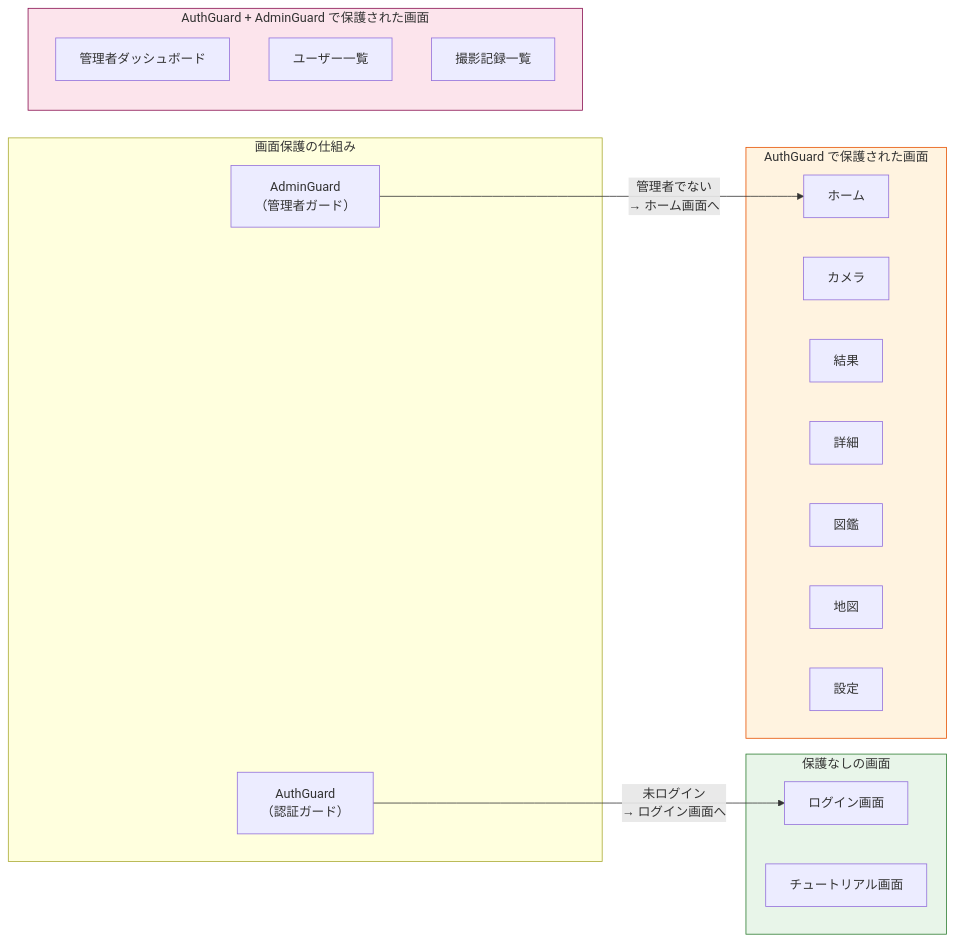
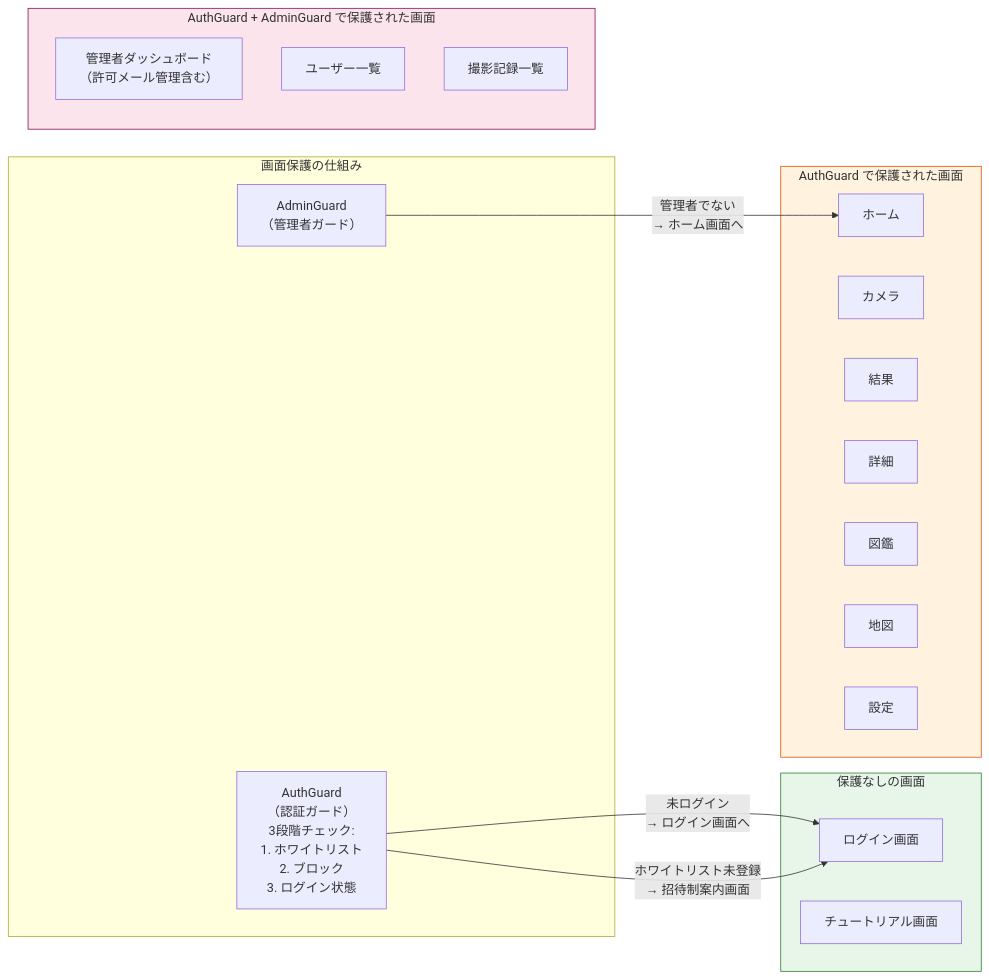
One commit to Kengo55555/Flower_shot changed the ninth of 11 diagrams in docs/04-system-architecture.md. Above: the diagram before and after it, drawn with Mermaid. The commit also changed other lines of this file and 5 other files, not shown here.

````diff
--- a/docs/04-system-architecture.md
+++ b/docs/04-system-architecture.md
@@ -637,35 +669,36 @@
 ```mermaid
 flowchart LR
     subgraph Guards["画面保護の仕組み"]
-        AG["AuthGuard\n（認証ガード）"]
+        AG["AuthGuard\n（認証ガード）\n3段階チェック:\n1. ホワイトリスト\n2. ブロック\n3. ログイン状態"]
         ADG["AdminGuard\n（管理者ガード）"]
     end
 
     subgraph PublicPages["保護なしの画面"]
         P1["ログイン画面"]
         P2["チュートリアル画面"]
     end
 
     subgraph ProtectedPages["AuthGuard で保護された画面"]
         PP1["ホーム"]
         PP2["カメラ"]
         PP3["結果"]
         PP4["詳細"]
         PP5["図鑑"]
         PP6["地図"]
         PP7["設定"]
     end
 
     subgraph AdminPages["AuthGuard + AdminGuard で保護された画面"]
-        AP1["管理者ダッシュボード"]
+        AP1["管理者ダッシュボード\n（許可メール管理含む）"]
         AP2["ユーザー一覧"]
         AP3["撮影記録一覧"]
     end
 
     AG -->|"未ログイン\n→ ログイン画面へ"| P1
+    AG -->|"ホワイトリスト未登録\n→ 招待制案内画面"| P1
     ADG -->|"管理者でない\n→ ホーム画面へ"| PP1
 
     style PublicPages fill:#E8F5E9,stroke:#2E7D32
     style ProtectedPages fill:#FFF3E0,stroke:#E65100
     style AdminPages fill:#FCE4EC,stroke:#880E4F
 ```
````
